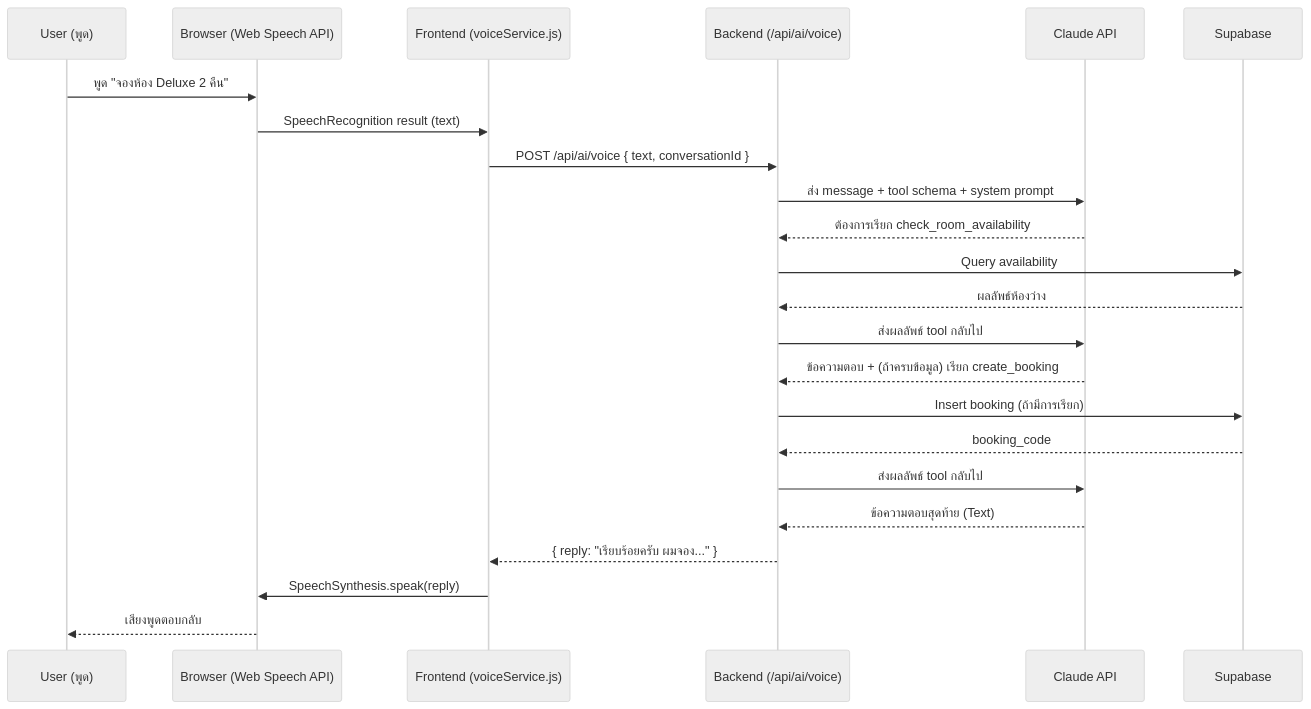
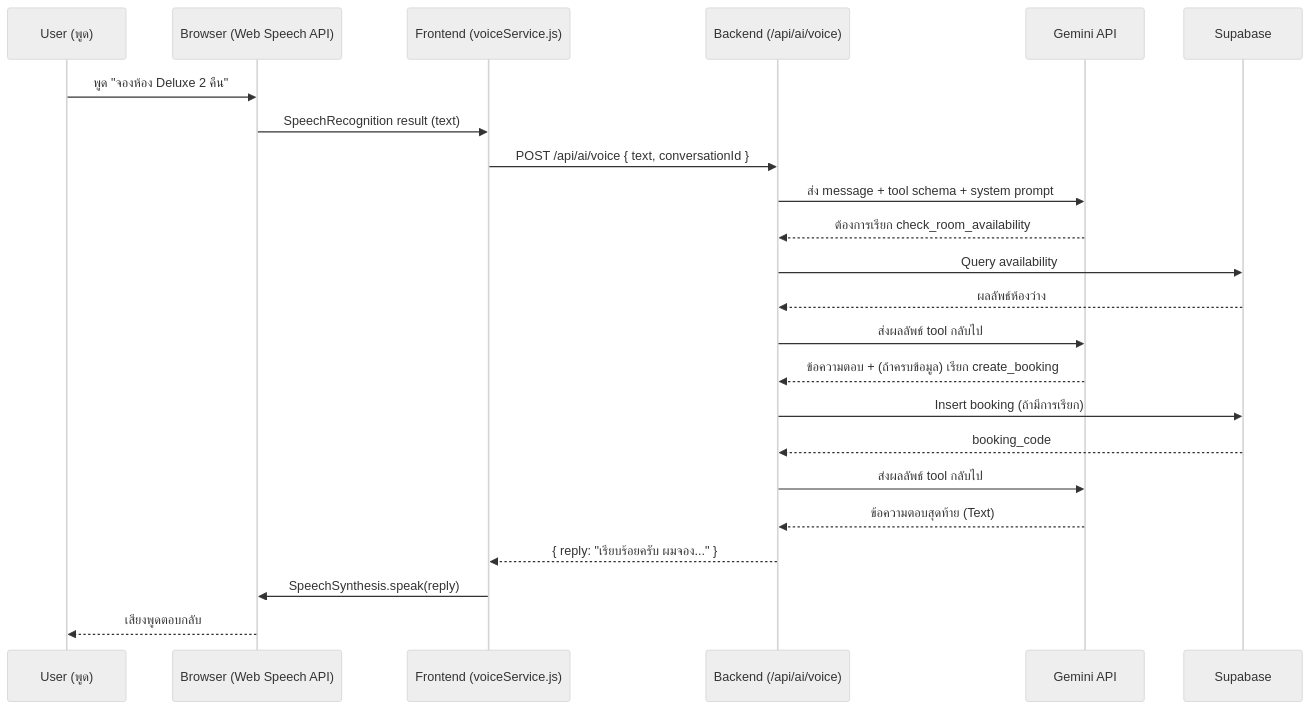
Before and after one commit to promminkiw/hotel-liff-booking: the second of 2 diagrams in docs/analysis.md, drawn with Mermaid (neutral theme). The commit also changed other lines of this file, not shown here.

First line of the commit message:
docs: fully update analysis.md for the Claude -> Gemini switch

````diff
--- a/docs/analysis.md
+++ b/docs/analysis.md
@@ -137,26 +137,26 @@
 ```mermaid
 sequenceDiagram
     participant U as User (พูด)
     participant B as Browser (Web Speech API)
     participant F as Frontend (voiceService.js)
     participant S as Backend (/api/ai/voice)
-    participant C as Claude API
+    participant C as Gemini API
     participant D as Supabase
 
     U->>B: พูด "จองห้อง Deluxe 2 คืน"
     B->>F: SpeechRecognition result (text)
     F->>S: POST /api/ai/voice { text, conversationId }
     S->>C: ส่ง message + tool schema + system prompt
     C-->>S: ต้องการเรียก check_room_availability
     S->>D: Query availability
     D-->>S: ผลลัพธ์ห้องว่าง
     S->>C: ส่งผลลัพธ์ tool กลับไป
     C-->>S: ข้อความตอบ + (ถ้าครบข้อมูล) เรียก create_booking
     S->>D: Insert booking (ถ้ามีการเรียก)
     D-->>S: booking_code
     S->>C: ส่งผลลัพธ์ tool กลับไป
     C-->>S: ข้อความตอบสุดท้าย (Text)
     S-->>F: { reply: "เรียบร้อยครับ ผมจอง..." }
     F->>B: SpeechSynthesis.speak(reply)
     B-->>U: เสียงพูดตอบกลับ
 ```
````
